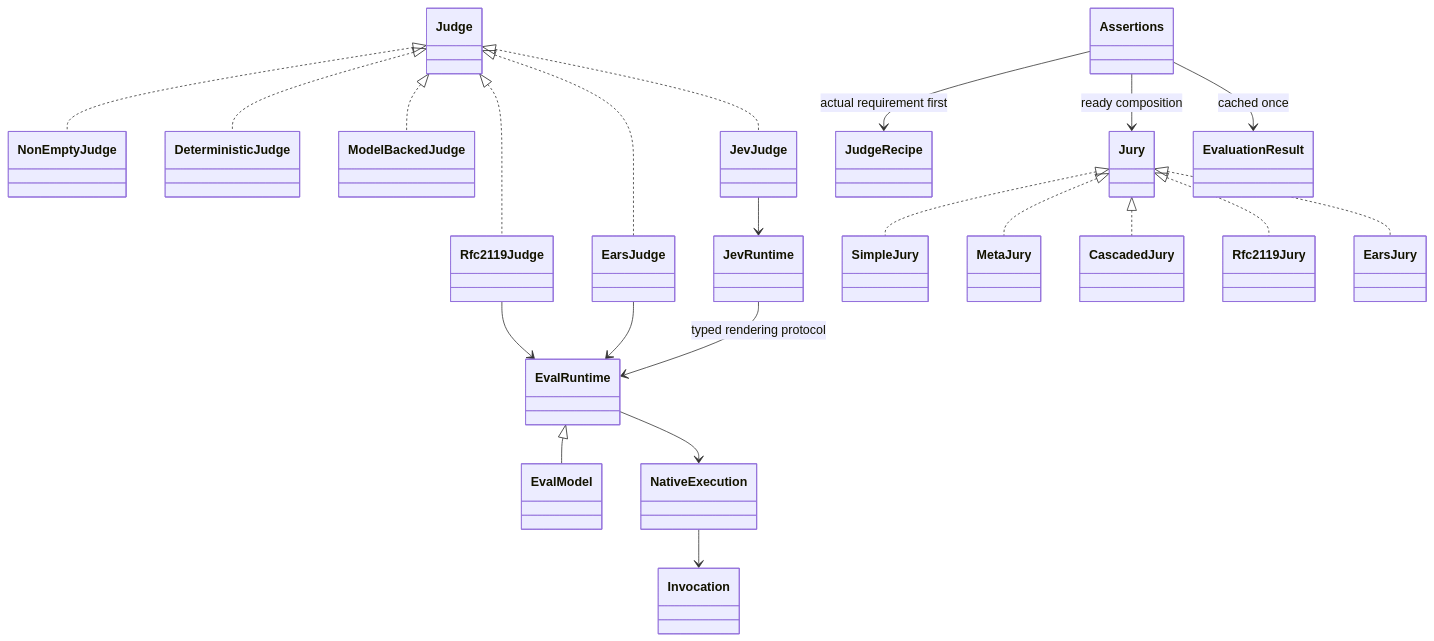
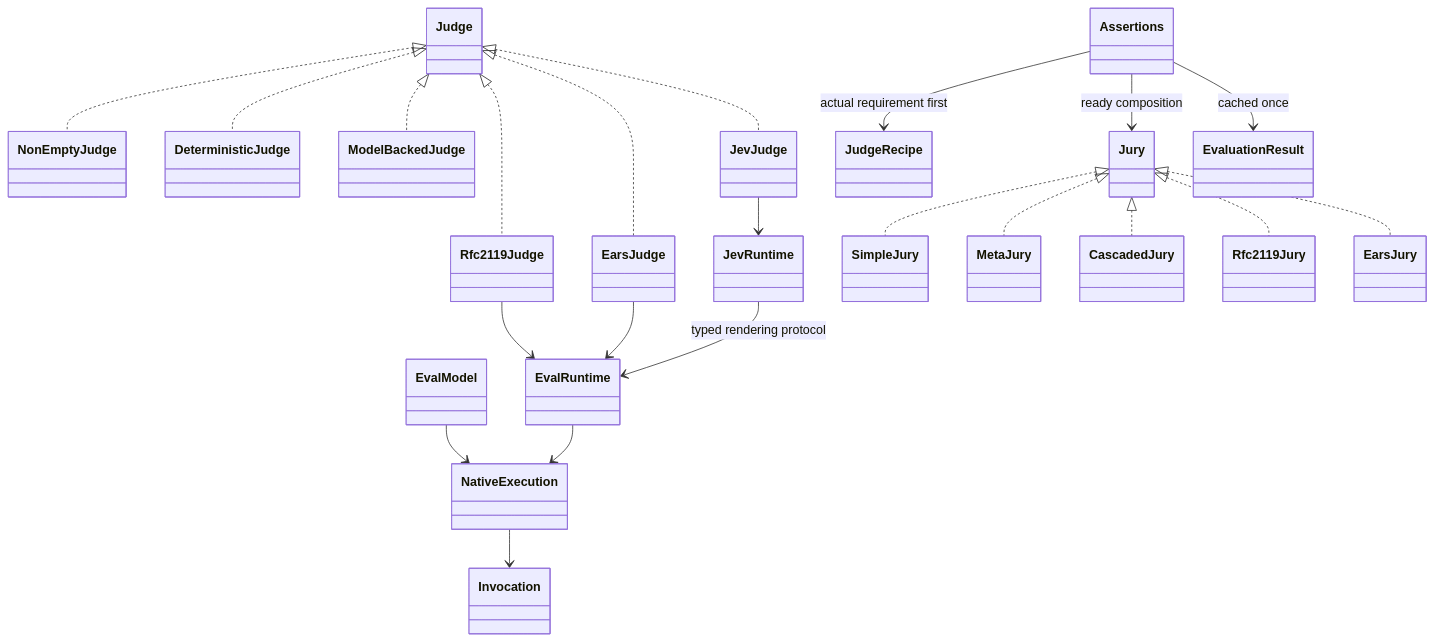
Before and after one commit to markpollack/agent-judge: the third of 3 diagrams in domain-model.md, drawn with Mermaid. The commit also changed 2 other files, not shown here.

Commit message:
Stop EvalModel extending EvalRuntime
Error Prone FunctionalInterfaceMethodChanged (ERROR by default), 1
finding. EvalModel is a functional interface over generate() that
extended the functional interface EvalRuntime and turned its single
method, execute(), into a default. So the same lambda meant generate() when
cast to EvalModel and execute() when cast to EvalRuntime. EvalModel now
declares execute() as its own default method and no longer extends
EvalRuntime. The NativeExecution shape it returns is unchanged.

Breaking: an EvalModel is no longer an EvalRuntime. Nothing in this
repository or its tutorial used that relation; the full reactor and its
tests compile unchanged. README and domain-model.md are updated.
verify (report mode): 1986 tests, 0 failures, 0 errors, 1 skip.

````diff
--- a/domain-model.md
+++ b/domain-model.md
@@ -77,24 +77,24 @@
 ```mermaid
 classDiagram
     Judge <|.. NonEmptyJudge
     Judge <|.. DeterministicJudge
     Judge <|.. ModelBackedJudge
     Judge <|.. Rfc2119Judge
     Judge <|.. EarsJudge
     Judge <|.. JevJudge
     Jury <|.. SimpleJury
     Jury <|.. MetaJury
     Jury <|.. CascadedJury
     Jury <|.. Rfc2119Jury
     Jury <|.. EarsJury
-    EvalRuntime <|-- EvalModel
+    EvalModel --> NativeExecution
     EvalRuntime --> NativeExecution
     NativeExecution --> Invocation
     Rfc2119Judge --> EvalRuntime
     EarsJudge --> EvalRuntime
     JevJudge --> JevRuntime
     JevRuntime --> EvalRuntime : typed rendering protocol
     Assertions --> JudgeRecipe : actual requirement first
     Assertions --> Jury : ready composition
     Assertions --> EvaluationResult : cached once
 ```
````
